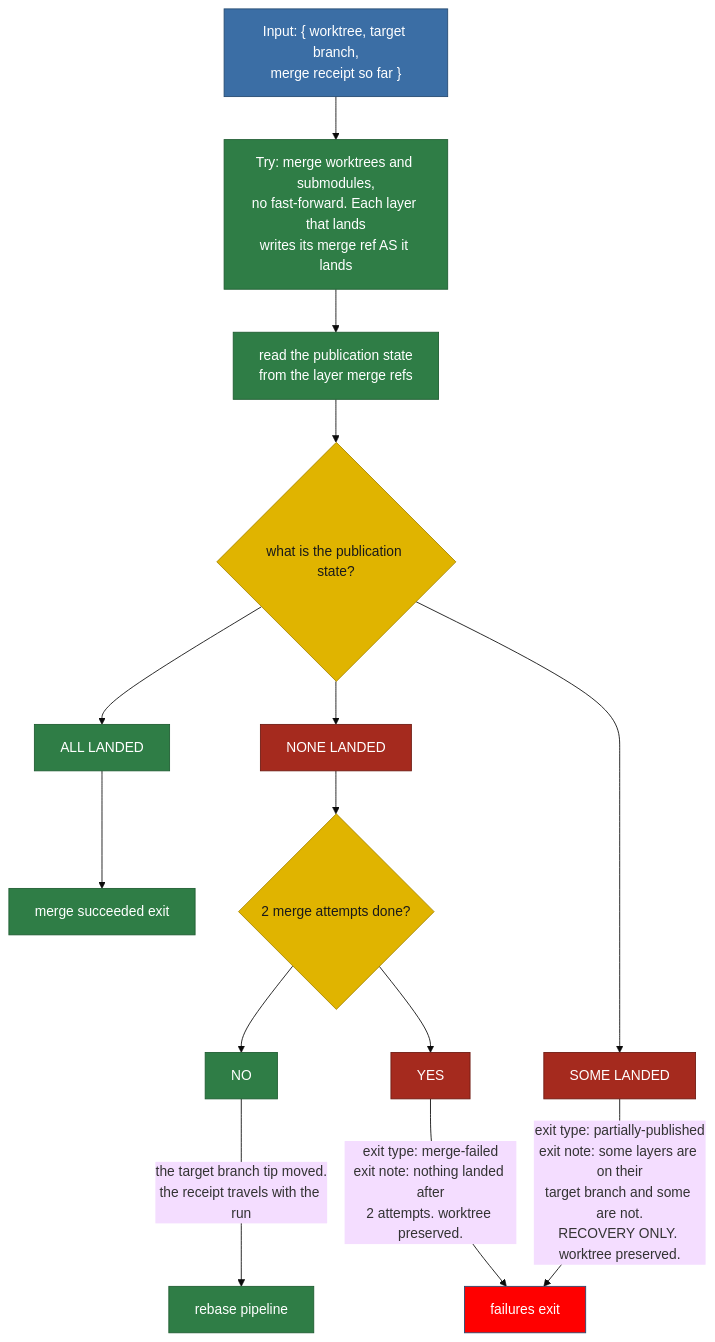
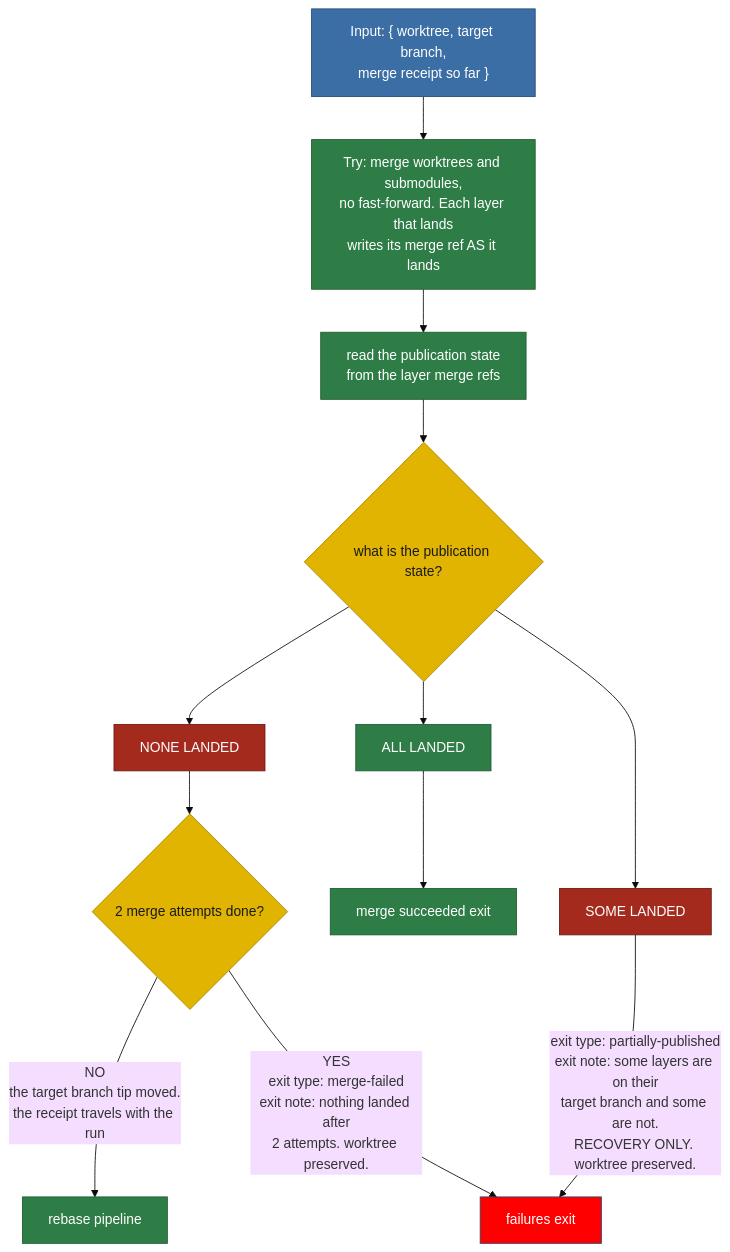
The diagram in plans/diagram/pipeline-merge.mmd (matkatmusic/taskTools), drawn with Mermaid (base theme) before and after one commit. The commit also changed 12 other files, not shown here.

Commit message:
changed YES/NO blocks to be labels in diagrams

```diff
--- a/plans/diagram/pipeline-merge.mmd
+++ b/plans/diagram/pipeline-merge.mmd
@@ -1,93 +1,91 @@
 flowchart TB
 %% MERGE PIPELINE.
 %% ---
 %% Input: a green, rebased worktree.
 %% ---
 %% Never fast-forward. Every task branch lands as a merge commit.
 %% ---
 %% Walks every repository layer, deepest submodule first, root last.
 %% ---
 %% A multi-repo merge is not one event; a submodule can land while root fails.
 %% ---
 %% Each layer writes its own merge ref the moment it lands.
 %% ---
 %% See recordMergedCommit in mergeTaskWorktrees.ts.
 %% ---
 %% That ref is the publication marker, so no crash can lose it.
 %% ---
 %% "Read the publication state" reconciles those refs, read-only.
 %% ---
 %% See findRecordedMergedCommit and reconcileStep.ts.
 %% ---
 %% STATUS TO VERDICT:
 %% ---
 %% merged = LANDED
 %% ---
 %% no-op = LANDED
 %% ---
 %% root-merged-but-not-closed = LANDED
 %% ---
 %% submodule-conflicted = NOT landed
 %% ---
 %% parent-conflicted = NOT landed
 %% ---
 %% merge-record-missing = UNKNOWN, re-read the refs, else run-failed
 %% ---
 %% ALL LANDED means every layer landed.
 %% ---
 %% NONE LANDED means no layer landed.
 %% ---
 %% Anything else is SOME LANDED.
 %% ---
 %% SOME LANDED never retries; the run stops for a human.
 %% ---
 %% NONE LANDED is the only retryable case; its receipt feeds the rebase pipeline.
 %% ---
 %% A no-op layer, no commits to land, still counts as LANDED.
 %% ---
 %% See commitTaskWork.ts and skippedOccurrenceIds in mergeTaskWorktrees.ts.
 %% ---
 %% Exit types:
 %% ---
 %% merge-failed
 %% ---
 %% partially-published, recovery only
 %% ---
 %% run-failed
 
   GREEN_WORKTREE_INPUT["Input: { worktree, target branch,<br/>merge receipt so far }"] --> MERGE_WORKTREES
   MERGE_WORKTREES["Try: merge worktrees and submodules,<br/>no fast-forward. Each layer that lands<br/>writes its merge ref AS it lands"] --> READ_MERGE_PUBLICATION_STATE["read the publication state<br/>from the layer merge refs"]
   READ_MERGE_PUBLICATION_STATE --> WHAT_IS_PUBLICATION_STATE{"what is the publication state?"}
   WHAT_IS_PUBLICATION_STATE --> PUBLICATION_ALL["ALL LANDED"]
   WHAT_IS_PUBLICATION_STATE --> PUBLICATION_NONE["NONE LANDED"]
   WHAT_IS_PUBLICATION_STATE --> PUBLICATION_PARTIAL["SOME LANDED"]
 
   PUBLICATION_ALL --> EXIT_WORKFLOW_SUCCESS["merge succeeded exit"]
 
   PUBLICATION_NONE --> ARE_2_MERGE_ATTEMPTS_DONE{"2 merge attempts done?"}
-  ARE_2_MERGE_ATTEMPTS_DONE --> ARE_2_MERGE_ATTEMPTS_DONE_NO["NO"]
-  ARE_2_MERGE_ATTEMPTS_DONE --> ARE_2_MERGE_ATTEMPTS_DONE_YES["YES"]
-  ARE_2_MERGE_ATTEMPTS_DONE_NO -- "the target branch tip moved.<br/>the receipt travels with the run" --> REBASE_PIPELINE["rebase pipeline"]
-  ARE_2_MERGE_ATTEMPTS_DONE_YES -- "exit type: merge-failed<br/>exit note: nothing landed after<br/>2 attempts. worktree preserved." --> EXIT_WORKFLOW_MERGE
+  ARE_2_MERGE_ATTEMPTS_DONE -- "NO<br/>the target branch tip moved.<br/>the receipt travels with the run" --> REBASE_PIPELINE["rebase pipeline"]
+  ARE_2_MERGE_ATTEMPTS_DONE -- "YES<br/>exit type: merge-failed<br/>exit note: nothing landed after<br/>2 attempts. worktree preserved." --> EXIT_WORKFLOW_MERGE
 
   PUBLICATION_PARTIAL -- "exit type: partially-published<br/>exit note: some layers are on their<br/>target branch and some are not.<br/>RECOVERY ONLY. worktree preserved." --> EXIT_WORKFLOW_MERGE
 
   EXIT_WORKFLOW_MERGE["failures exit"]
 
   %% pass/nopass: green heads to the next pipeline.
   %% ---
   %% Red retries or ends in the exit workflow.
   classDef pipeline fill:#2f7d46,stroke:#1e5c31,color:#ffffff
   classDef script fill:#2f7d46,stroke:#1e5c31,color:#ffffff
   classDef decision fill:#e0b400,stroke:#a88600,color:#1a1a1a
   classDef output fill:#3b6ea5,stroke:#254a70,color:#ffffff
   classDef fail fill:red,stroke:#254a70,color:#ffffff
   classDef pass fill:#2f7d46,stroke:#1e5c31,color:#ffffff
   classDef nopass fill:#a52a1e,stroke:#6d1a12,color:#ffffff
   class WHAT_IS_PUBLICATION_STATE,ARE_2_MERGE_ATTEMPTS_DONE decision
   class MERGE_WORKTREES,READ_MERGE_PUBLICATION_STATE script
   class REBASE_PIPELINE,EXIT_WORKFLOW_SUCCESS pipeline
-  class PUBLICATION_ALL,ARE_2_MERGE_ATTEMPTS_DONE_NO pass
-  class PUBLICATION_NONE,PUBLICATION_PARTIAL,ARE_2_MERGE_ATTEMPTS_DONE_YES nopass
+  class PUBLICATION_ALL pass
+  class PUBLICATION_NONE,PUBLICATION_PARTIAL nopass
   class EXIT_WORKFLOW_MERGE fail
   class GREEN_WORKTREE_INPUT output
```
